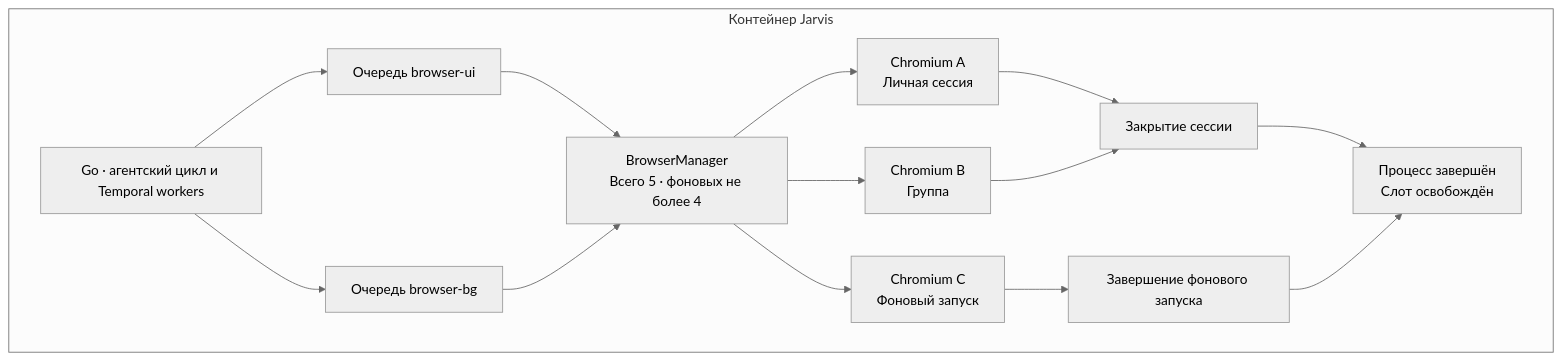
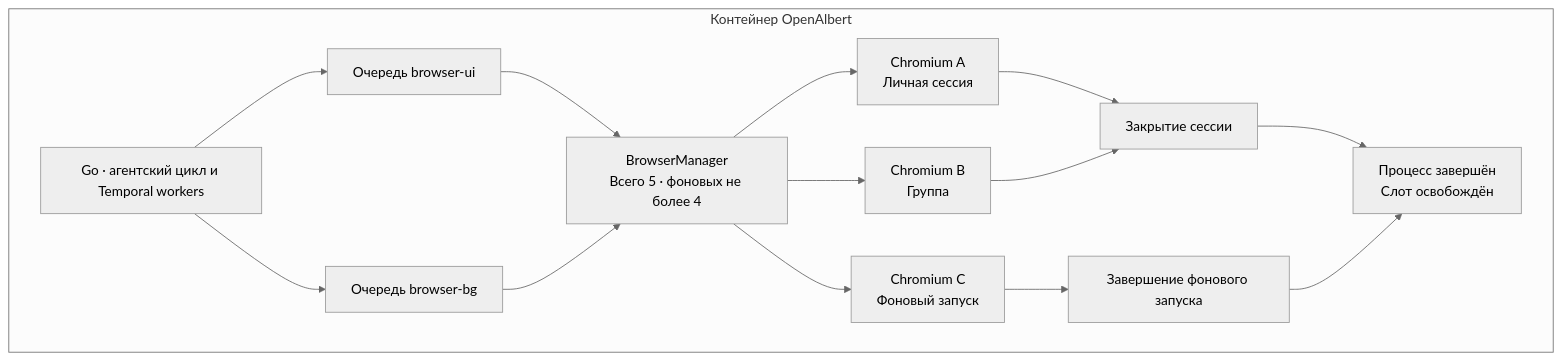
One commit to mishankov/OpenAlbert changed the diagram in docs/diagrams/browser-sessions.mmd. Above: the diagram before and after it, drawn with Mermaid (neutral theme). The commit also changed 144 other files, not shown here.

Commit message:
Prepare OpenAlbert CI, multi-platform images and deployment

```diff
--- a/docs/diagrams/browser-sessions.mmd
+++ b/docs/diagrams/browser-sessions.mmd
@@ -1,17 +1,17 @@
 flowchart TD
-    accTitle: Браузеры сессий Jarvis
+    accTitle: Браузеры сессий OpenAlbert
     accDescr: В одном контейнере BrowserManager выделяет до пяти независимых Chromium. Фоновые запуски занимают максимум четыре. Интерактивный браузер закрывается вместе с сессией, фоновый в конце запуска.
-    subgraph Container["Контейнер Jarvis"]
+    subgraph Container["Контейнер OpenAlbert"]
       Core["Go · агентский цикл и Temporal workers"] --> UI["Очередь browser-ui"]
       Core --> BG["Очередь browser-bg"]
       UI --> Pool["BrowserManager<br/>Всего 5 · фоновых не более 4"]
       BG --> Pool
       Pool --> A["Chromium A<br/>Личная сессия"]
       Pool --> B["Chromium B<br/>Группа"]
       Pool --> C["Chromium C<br/>Фоновый запуск"]
       A --> End["Закрытие сессии"]
       B --> End
       C --> Finish["Завершение фонового запуска"]
       End --> Free["Процесс завершён<br/>Слот освобождён"]
       Finish --> Free
     end
```
